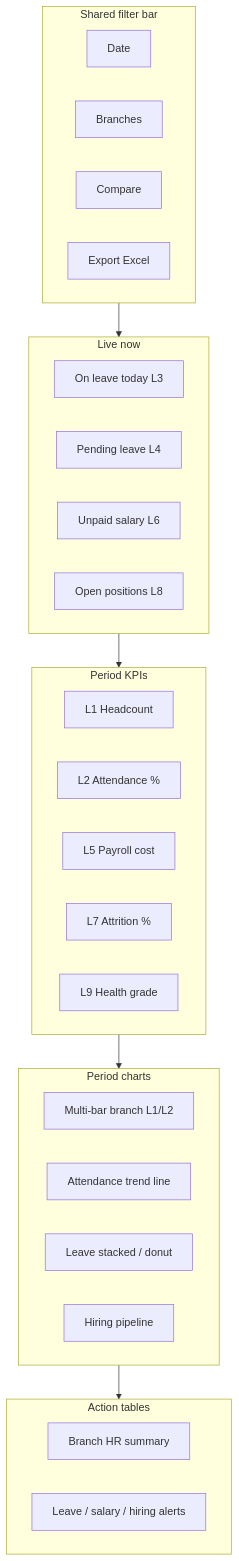
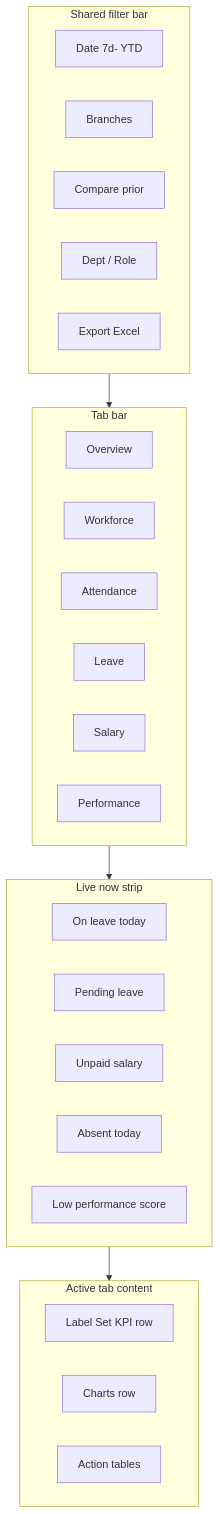
Before and after one commit to Aurifex-Innovations/ERP_docs: the third of 5 diagrams in Dashboard_final_v0/HRM.md, drawn with Mermaid. The commit also changed other lines of this file, not shown here.

````diff
--- a/Dashboard_final_v0/HRM.md
+++ b/Dashboard_final_v0/HRM.md
@@ -165,33 +196,31 @@
 ```mermaid
 flowchart TB
   subgraph filters["Shared filter bar"]
-    F1["Date"]
+    F1["Date 7d- YTD"]
     F2["Branches"]
-    F3["Compare"]
-    F4["Export Excel"]
+    F3["Compare prior"]
+    F4["Dept / Role"]
+    F5["Export Excel"]
   end
-  subgraph live["Live now"]
-    L1["On leave today L3"]
-    L2["Pending leave L4"]
-    L3["Unpaid salary L6"]
-    L4["Open positions L8"]
+  subgraph tabs["Tab bar"]
+    T0["Overview"]
+    T1["Workforce"]
+    T2["Attendance"]
+    T3["Leave"]
+    T4["Salary"]
+    T5["Performance"]
   end
-  subgraph kpis["Period KPIs"]
-    K1["L1 Headcount"]
-    K2["L2 Attendance %"]
-    K3["L5 Payroll cost"]
-    K4["L7 Attrition %"]
-    K5["L9 Health grade"]
+  subgraph live["Live now strip"]
+    L3["On leave today"]
+    L4["Pending leave"]
+    L6["Unpaid salary"]
+    L2live["Absent today"]
+    L10live["Low performance score"]
   end
-  subgraph charts["Period charts"]
-    G1["Multi-bar branch L1/L2"]
-    G2["Attendance trend line"]
-    G3["Leave stacked / donut"]
-    G4["Hiring pipeline"]
+  subgraph body["Active tab content"]
+    kpis["Label Set KPI row"]
+    charts["Charts row"]
+    tables["Action tables"]
   end
-  subgraph tables["Action tables"]
-    T1["Branch HR summary"]
-    T2["Leave / salary / hiring alerts"]
-  end
-  filters --> live --> kpis --> charts --> tables
+  filters --> tabs --> live --> body
 ```
````
